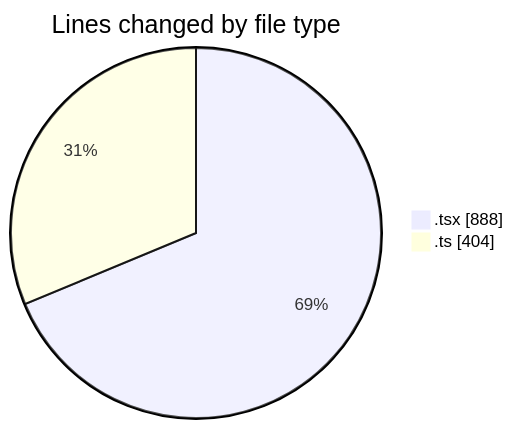
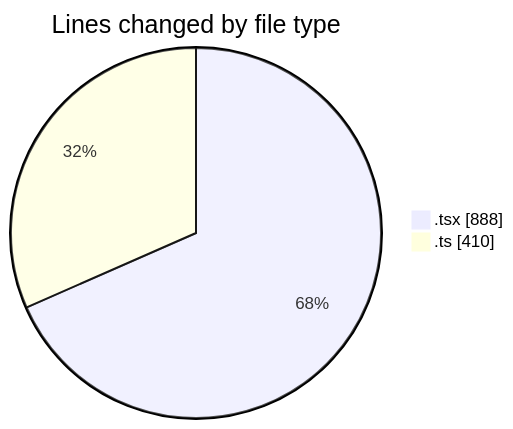
One commit to momahboobian/code-tracking changed the first of 2 diagrams in 2025-07-11/cda/README.md. Above: the diagram before and after it, drawn with Mermaid. The commit also changed other lines of this file and 1 other file, not shown here.

````diff
--- a/2025-07-11/cda/README.md
+++ b/2025-07-11/cda/README.md
@@ -23,6 +23,6 @@
 ```mermaid
 pie showData
 title Lines changed by file type
 ".tsx" : 888
-".ts" : 404
+".ts" : 410
 ```
````
